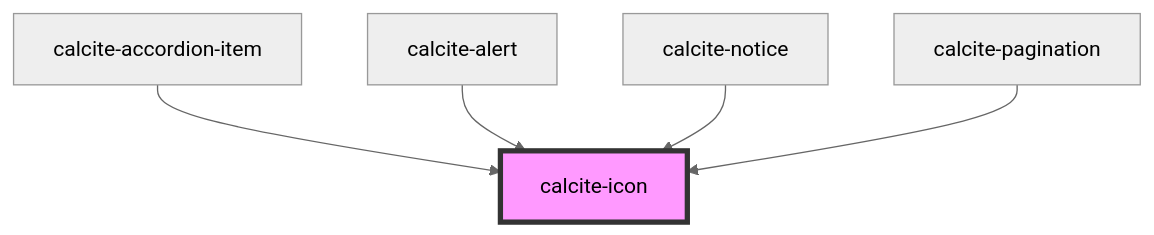
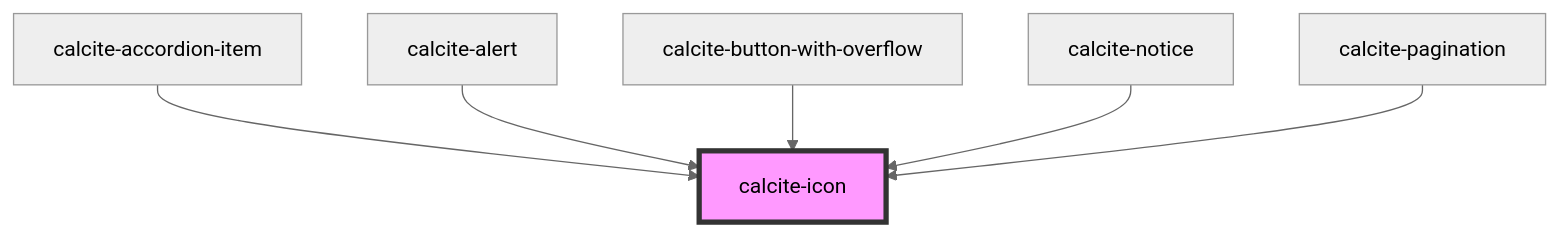
The diagram in src/components/calcite-icon/readme.md (vikivakarvc/calcite-design-system), drawn with Mermaid (neutral theme) before and after one commit. The commit also changed other lines of this file and 12 other files, not shown here.

Commit message:
Add scale to calcite-button-with-overflow-demo, add stories, add container div for component

````diff
--- a/src/components/calcite-icon/readme.md
+++ b/src/components/calcite-icon/readme.md
@@ -41,8 +42,9 @@
 ```mermaid
 graph TD;
   calcite-accordion-item --> calcite-icon
   calcite-alert --> calcite-icon
+  calcite-button-with-overflow --> calcite-icon
   calcite-notice --> calcite-icon
   calcite-pagination --> calcite-icon
   style calcite-icon fill:#f9f,stroke:#333,stroke-width:4px
 ```
````
